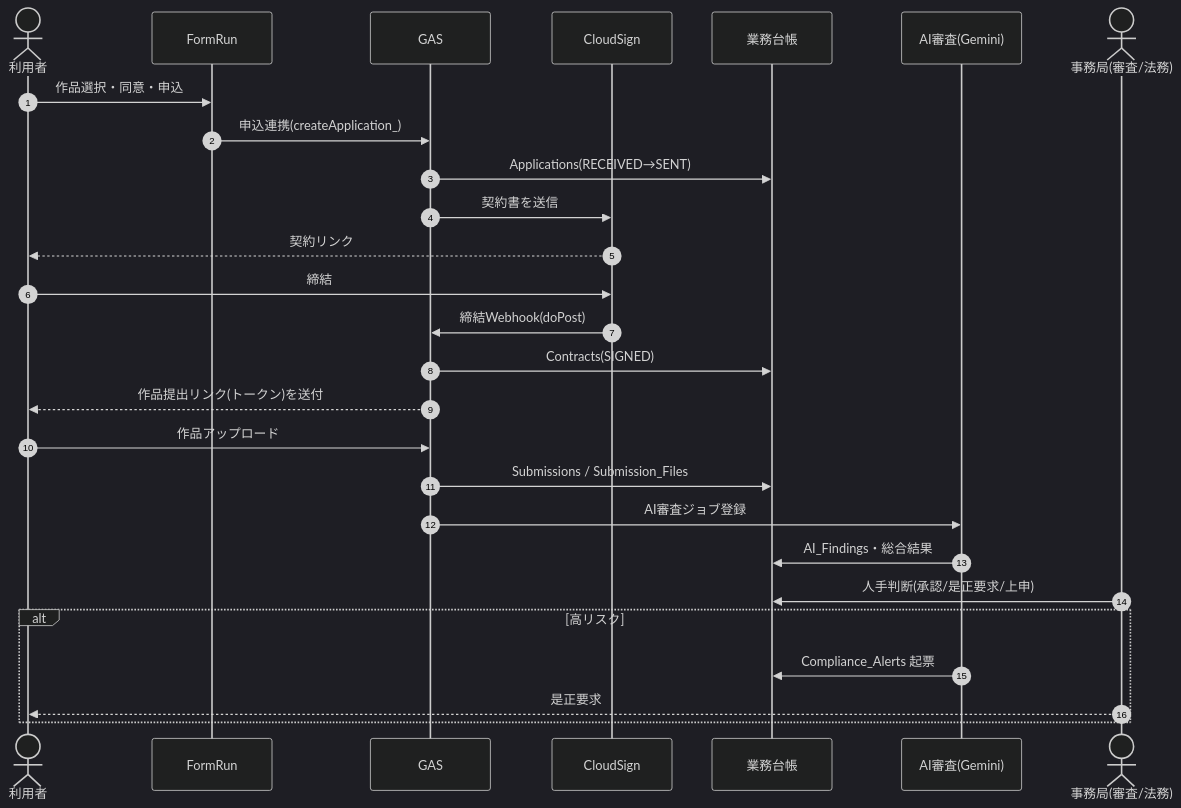
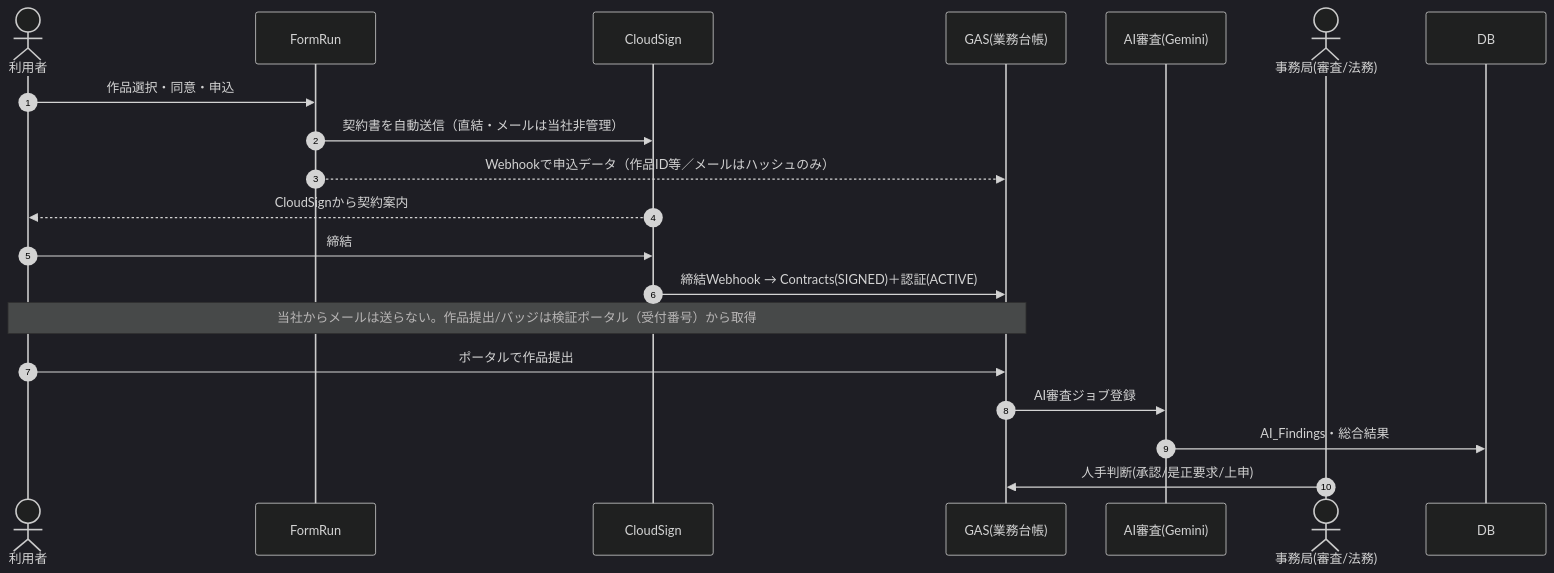
The fourth of 9 diagrams in docs/SPLL_業務フロー確認資料_v0.1.md (tatsuyakuramchi/SPLL), drawn with Mermaid (dark theme) before and after one commit. The commit also changed other lines of this file and 3 other files, not shown here.

````diff
--- a/docs/SPLL_業務フロー確認資料_v0.1.md
+++ b/docs/SPLL_業務フロー確認資料_v0.1.md
@@ -156,29 +158,21 @@
 ```mermaid
 sequenceDiagram
   autonumber
   actor U as 利用者
   participant FR as FormRun
-  participant G as GAS
   participant CS as CloudSign
-  participant DB as 業務台帳
+  participant G as GAS(業務台帳)
   participant AI as AI審査(Gemini)
   actor OF as 事務局(審査/法務)
   U->>FR: 作品選択・同意・申込
-  FR->>G: 申込連携(createApplication_)
-  G->>DB: Applications(RECEIVED→SENT)
-  G->>CS: 契約書を送信
-  CS-->>U: 契約リンク
+  FR->>CS: 契約書を自動送信（直結・メールは当社非管理）
+  FR-->>G: Webhookで申込データ（作品ID等／メールはハッシュのみ）
+  CS-->>U: CloudSignから契約案内
   U->>CS: 締結
-  CS->>G: 締結Webhook(doPost)
-  G->>DB: Contracts(SIGNED)
-  G-->>U: 作品提出リンク(トークン)を送付
-  U->>G: 作品アップロード
-  G->>DB: Submissions / Submission_Files
+  CS->>G: 締結Webhook → Contracts(SIGNED)＋認証(ACTIVE)
+  Note over U,G: 当社からメールは送らない。作品提出/バッジは検証ポータル（受付番号）から取得
+  U->>G: ポータルで作品提出
   G->>AI: AI審査ジョブ登録
   AI->>DB: AI_Findings・総合結果
-  OF->>DB: 人手判断(承認/是正要求/上申)
-  alt 高リスク
-    AI->>DB: Compliance_Alerts 起票
-    OF-->>U: 是正要求
-  end
+  OF->>G: 人手判断(承認/是正要求/上申)
 ```
````
